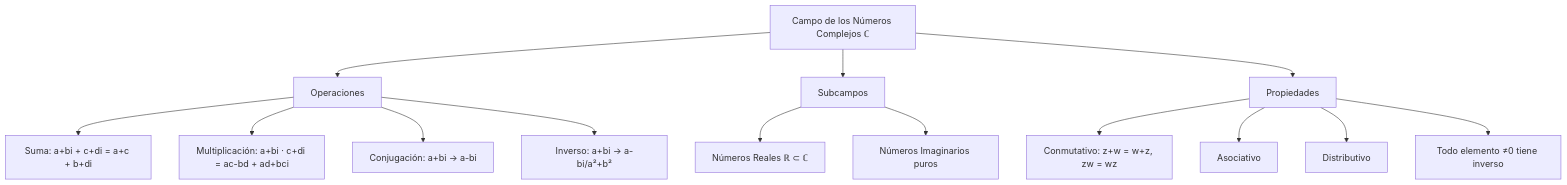
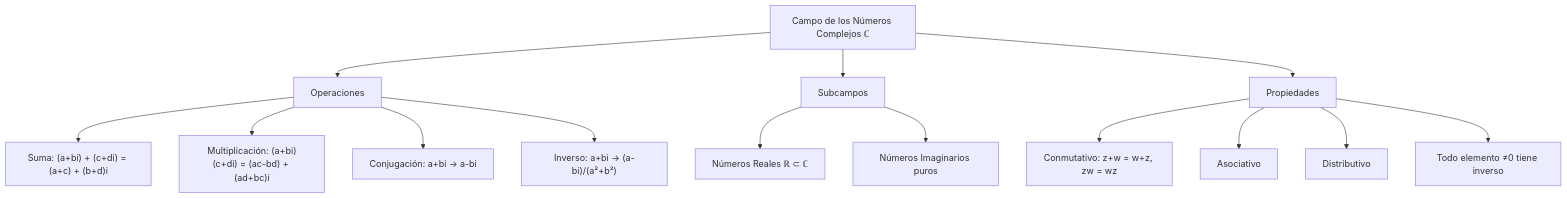
One commit to djaimej/computer-science-template changed the diagram in public/documents/semester-2/1/2131.md. Above: the diagram before and after it, drawn with Mermaid. The commit also changed 21 other files, not shown here.

````diff
--- a/public/documents/semester-2/1/2131.md
+++ b/public/documents/semester-2/1/2131.md
@@ -149,23 +149,23 @@
 ```mermaid
 graph TD
     A[Campo de los Números Complejos ℂ] --> B[Operaciones]
     A --> C[Subcampos]
     A --> D[Propiedades]
 
-    B --> E[Suma: a+bi + c+di = a+c + b+di]
-    B --> F[Multiplicación: a+bi · c+di = ac-bd + ad+bci]
+    B --> E["Suma: (a+bi) + (c+di) = (a+c) + (b+d)i"]
+    B --> F["Multiplicación: (a+bi)(c+di) = (ac-bd) + (ad+bc)i"]
     B --> G[Conjugación: a+bi → a-bi]
-    B --> H[Inverso: a+bi → a-bi/a²+b²]
+    B --> H["Inverso: a+bi → (a-bi)/(a²+b²)"]
 
     C --> I[Números Reales ℝ ⊂ ℂ]
     C --> J[Números Imaginarios puros]
 
     D --> K[Conmutativo: z+w = w+z, zw = wz]
     D --> L[Asociativo]
     D --> M[Distributivo]
     D --> N[Todo elemento ≠0 tiene inverso]
 
     A:::green
     B:::blue
     D:::dandelion
 ```
````
